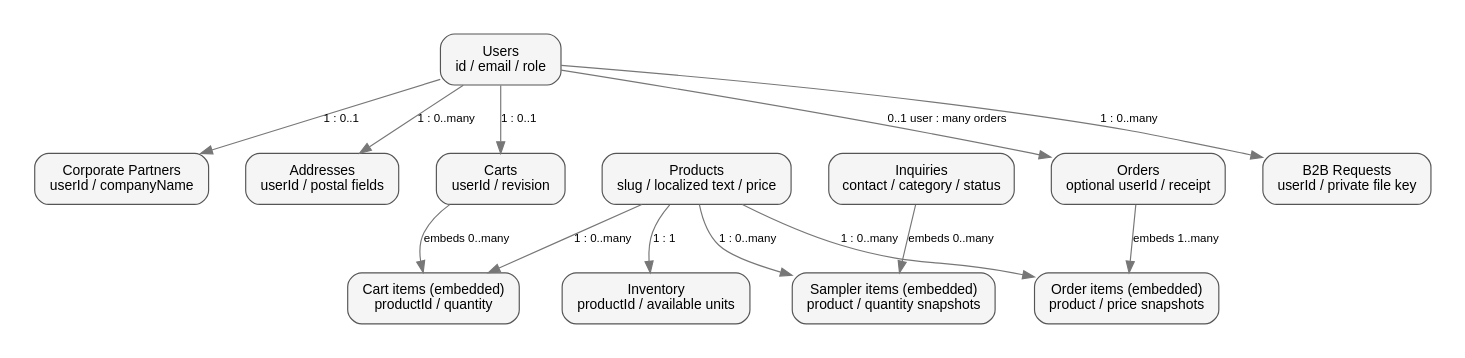
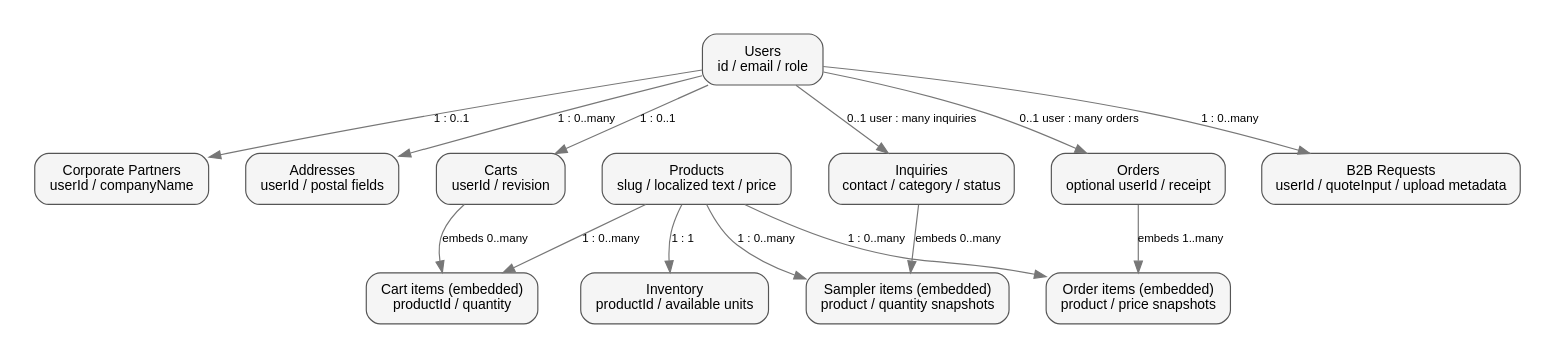
The diagram in docs/phase1/erd.dot (tambevarad/solcacao), drawn with Graphviz before and after one commit. The commit also changed 3 other files, not shown here.

Commit message:
docs: align phase one schema and ERD

```diff
--- a/docs/phase1/erd.dot
+++ b/docs/phase1/erd.dot
@@ -1,29 +1,30 @@
 digraph ERD {
   graph [rankdir=TB,bgcolor="white",pad=0.3,nodesep=0.45,ranksep=0.65];
   node [shape=box,style="rounded,filled",fillcolor="#F5F5F5",color="#555555",fontname="Arial",fontsize=12,margin="0.18,0.12"];
   edge [color="#777777",fontname="Arial",fontsize=10];
   Users [label="Users\nid / email / role"];
   Partners [label="Corporate Partners\nuserId / companyName"];
   Addresses [label="Addresses\nuserId / postal fields"];
   Carts [label="Carts\nuserId / revision"];
-  Quotes [label="B2B Requests\nuserId / private file key"];
+  Quotes [label="B2B Requests\nuserId / quoteInput / upload metadata"];
   Products [label="Products\nslug / localized text / price"];
   Inventory [label="Inventory\nproductId / available units"];
   Orders [label="Orders\noptional userId / receipt"];
   Inquiries [label="Inquiries\ncontact / category / status"];
   CartItems [label="Cart items (embedded)\nproductId / quantity"];
   OrderItems [label="Order items (embedded)\nproduct / price snapshots"];
   SamplerItems [label="Sampler items (embedded)\nproduct / quantity snapshots"];
   Users -> Partners [label="1 : 0..1"];
   Users -> Addresses [label="1 : 0..many"];
   Users -> Carts [label="1 : 0..1"];
   Users -> Quotes [label="1 : 0..many"];
   Users -> Orders [label="0..1 user : many orders"];
+  Users -> Inquiries [label="0..1 user : many inquiries"];
   Carts -> CartItems [label="embeds 0..many"];
   Products -> CartItems [label="1 : 0..many"];
   Products -> Inventory [label="1 : 1"];
   Orders -> OrderItems [label="embeds 1..many"];
   Products -> OrderItems [label="1 : 0..many"];
   Inquiries -> SamplerItems [label="embeds 0..many"];
   Products -> SamplerItems [label="1 : 0..many"];
 }
```
